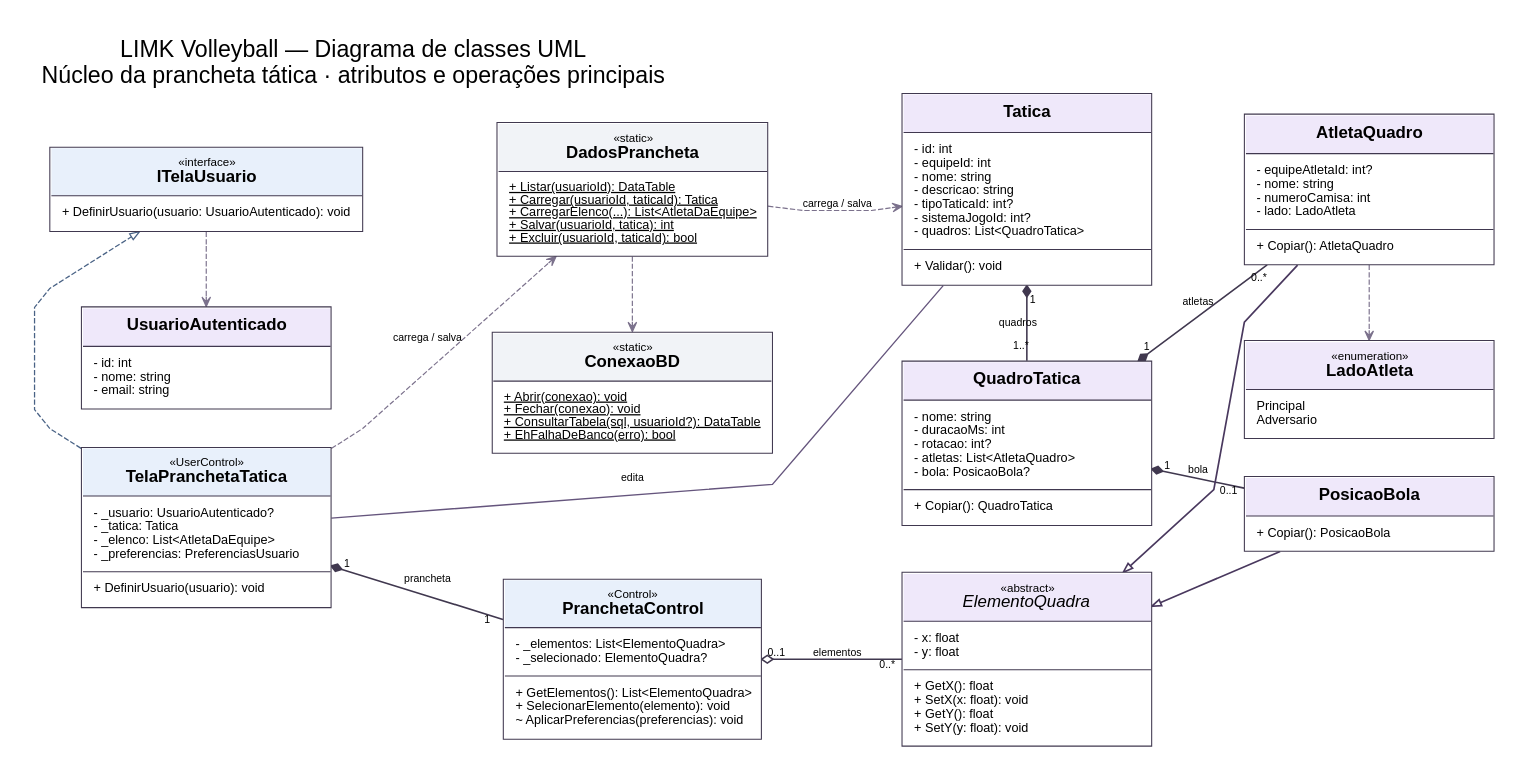
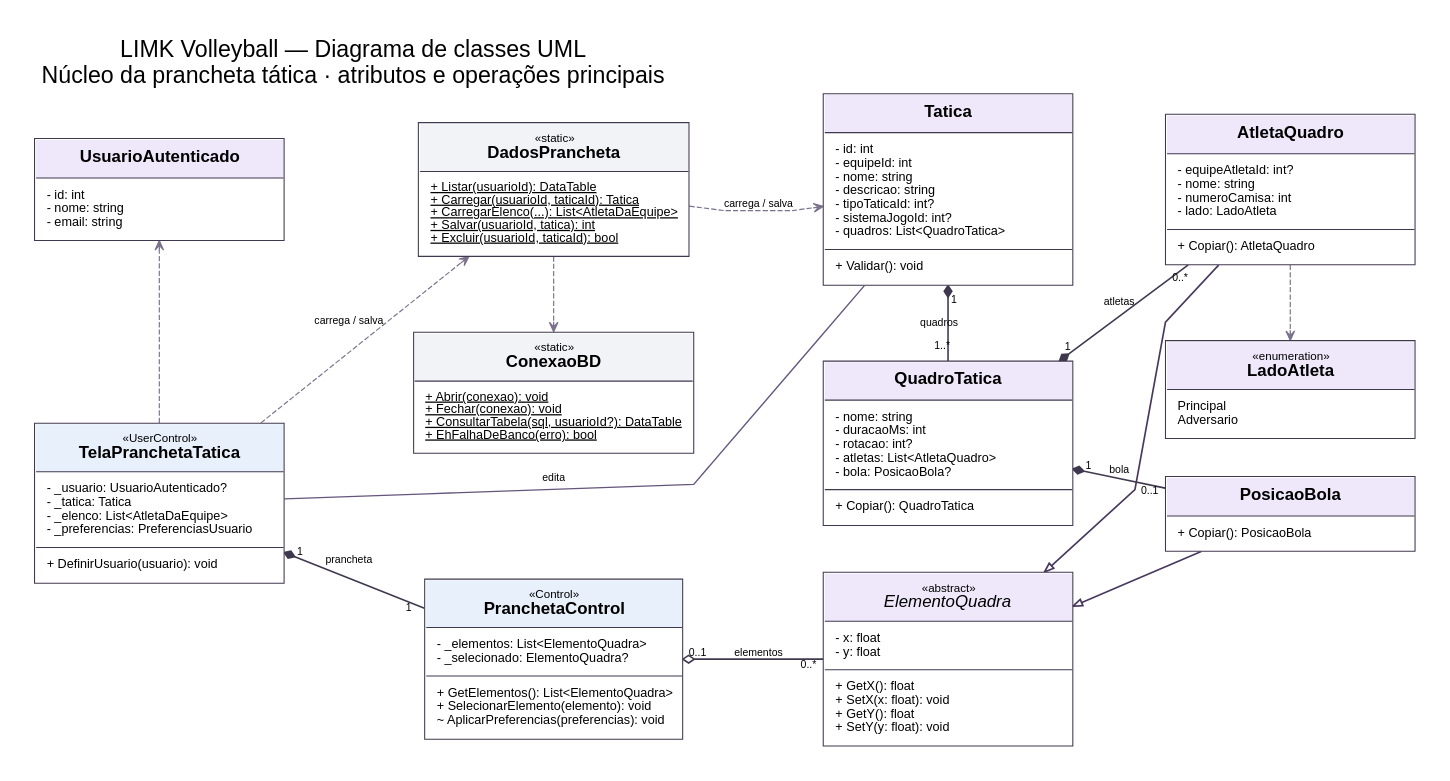
The diagram in diagramas/diagrama-uml-slides.dot (kauandragues/limk), drawn with Graphviz before and after one commit. The commit also changed 30 other files, not shown here.

```diff
--- a/diagramas/diagrama-uml-slides.dot
+++ b/diagramas/diagrama-uml-slides.dot
@@ -1,36 +1,34 @@
 digraph LIMK {
 graph [rankdir=LR, bgcolor="#FFFFFF", pad="0.35", nodesep="0.5", ranksep="0.8", splines=polyline, newrank=true, compound=true, outputorder=edgesfirst, fontname="Arial", fontsize=22, labelloc=t, labeljust=l, label="LIMK Volleyball — Diagrama de classes UML\nNúcleo da prancheta tática · atributos e operações principais" ];
 node [shape=plain, fontname="Arial"];
 edge [fontname="Arial", fontsize=10, labeldistance=1.5, labelangle=22];
 UsuarioAutenticado [label=<<TABLE BORDER="1" CELLBORDER="0" CELLSPACING="0" CELLPADDING="9" COLOR="#40384F" BGCOLOR="#FFFFFF"><TR><TD WIDTH="235" BGCOLOR="#EFE8FA"><FONT FACE="Arial" POINT-SIZE="16"><B>UsuarioAutenticado</B></FONT></TD></TR><TR><TD ALIGN="LEFT" BALIGN="LEFT" BORDER="1" SIDES="T"><FONT FACE="Arial" POINT-SIZE="12">- id: int<BR ALIGN="LEFT"/>- nome: string<BR ALIGN="LEFT"/>- email: string<BR ALIGN="LEFT"/></FONT></TD></TR></TABLE>>];
 Tatica [label=<<TABLE BORDER="1" CELLBORDER="0" CELLSPACING="0" CELLPADDING="9" COLOR="#40384F" BGCOLOR="#FFFFFF"><TR><TD WIDTH="235" BGCOLOR="#EFE8FA"><FONT FACE="Arial" POINT-SIZE="16"><B>Tatica</B></FONT></TD></TR><TR><TD ALIGN="LEFT" BALIGN="LEFT" BORDER="1" SIDES="T"><FONT FACE="Arial" POINT-SIZE="12">- id: int<BR ALIGN="LEFT"/>- equipeId: int<BR ALIGN="LEFT"/>- nome: string<BR ALIGN="LEFT"/>- descricao: string<BR ALIGN="LEFT"/>- tipoTaticaId: int?<BR ALIGN="LEFT"/>- sistemaJogoId: int?<BR ALIGN="LEFT"/>- quadros: List&lt;QuadroTatica&gt;<BR ALIGN="LEFT"/></FONT></TD></TR><TR><TD ALIGN="LEFT" BALIGN="LEFT" BORDER="1" SIDES="T"><FONT FACE="Arial" POINT-SIZE="12">+ Validar(): void<BR ALIGN="LEFT"/></FONT></TD></TR></TABLE>>];
 QuadroTatica [label=<<TABLE BORDER="1" CELLBORDER="0" CELLSPACING="0" CELLPADDING="9" COLOR="#40384F" BGCOLOR="#FFFFFF"><TR><TD WIDTH="235" BGCOLOR="#EFE8FA"><FONT FACE="Arial" POINT-SIZE="16"><B>QuadroTatica</B></FONT></TD></TR><TR><TD ALIGN="LEFT" BALIGN="LEFT" BORDER="1" SIDES="T"><FONT FACE="Arial" POINT-SIZE="12">- nome: string<BR ALIGN="LEFT"/>- duracaoMs: int<BR ALIGN="LEFT"/>- rotacao: int?<BR ALIGN="LEFT"/>- atletas: List&lt;AtletaQuadro&gt;<BR ALIGN="LEFT"/>- bola: PosicaoBola?<BR ALIGN="LEFT"/></FONT></TD></TR><TR><TD ALIGN="LEFT" BALIGN="LEFT" BORDER="1" SIDES="T"><FONT FACE="Arial" POINT-SIZE="12">+ Copiar(): QuadroTatica<BR ALIGN="LEFT"/></FONT></TD></TR></TABLE>>];
 ElementoQuadra [label=<<TABLE BORDER="1" CELLBORDER="0" CELLSPACING="0" CELLPADDING="9" COLOR="#40384F" BGCOLOR="#FFFFFF"><TR><TD WIDTH="235" BGCOLOR="#EFE8FA"><FONT FACE="Arial" POINT-SIZE="16"><FONT POINT-SIZE="11">«abstract»</FONT><BR/><I>ElementoQuadra</I></FONT></TD></TR><TR><TD ALIGN="LEFT" BALIGN="LEFT" BORDER="1" SIDES="T"><FONT FACE="Arial" POINT-SIZE="12">- x: float<BR ALIGN="LEFT"/>- y: float<BR ALIGN="LEFT"/></FONT></TD></TR><TR><TD ALIGN="LEFT" BALIGN="LEFT" BORDER="1" SIDES="T"><FONT FACE="Arial" POINT-SIZE="12">+ GetX(): float<BR ALIGN="LEFT"/>+ SetX(x: float): void<BR ALIGN="LEFT"/>+ GetY(): float<BR ALIGN="LEFT"/>+ SetY(y: float): void<BR ALIGN="LEFT"/></FONT></TD></TR></TABLE>>];
 AtletaQuadro [label=<<TABLE BORDER="1" CELLBORDER="0" CELLSPACING="0" CELLPADDING="9" COLOR="#40384F" BGCOLOR="#FFFFFF"><TR><TD WIDTH="235" BGCOLOR="#EFE8FA"><FONT FACE="Arial" POINT-SIZE="16"><B>AtletaQuadro</B></FONT></TD></TR><TR><TD ALIGN="LEFT" BALIGN="LEFT" BORDER="1" SIDES="T"><FONT FACE="Arial" POINT-SIZE="12">- equipeAtletaId: int?<BR ALIGN="LEFT"/>- nome: string<BR ALIGN="LEFT"/>- numeroCamisa: int<BR ALIGN="LEFT"/>- lado: LadoAtleta<BR ALIGN="LEFT"/></FONT></TD></TR><TR><TD ALIGN="LEFT" BALIGN="LEFT" BORDER="1" SIDES="T"><FONT FACE="Arial" POINT-SIZE="12">+ Copiar(): AtletaQuadro<BR ALIGN="LEFT"/></FONT></TD></TR></TABLE>>];
 PosicaoBola [label=<<TABLE BORDER="1" CELLBORDER="0" CELLSPACING="0" CELLPADDING="9" COLOR="#40384F" BGCOLOR="#FFFFFF"><TR><TD WIDTH="235" BGCOLOR="#EFE8FA"><FONT FACE="Arial" POINT-SIZE="16"><B>PosicaoBola</B></FONT></TD></TR><TR><TD ALIGN="LEFT" BALIGN="LEFT" BORDER="1" SIDES="T"><FONT FACE="Arial" POINT-SIZE="12">+ Copiar(): PosicaoBola<BR ALIGN="LEFT"/></FONT></TD></TR></TABLE>>];
 LadoAtleta [label=<<TABLE BORDER="1" CELLBORDER="0" CELLSPACING="0" CELLPADDING="9" COLOR="#40384F" BGCOLOR="#FFFFFF"><TR><TD WIDTH="235" BGCOLOR="#EFE8FA"><FONT FACE="Arial" POINT-SIZE="16"><FONT POINT-SIZE="11">«enumeration»</FONT><BR/><B>LadoAtleta</B></FONT></TD></TR><TR><TD ALIGN="LEFT" BALIGN="LEFT" BORDER="1" SIDES="T"><FONT FACE="Arial" POINT-SIZE="12">Principal<BR ALIGN="LEFT"/>Adversario<BR ALIGN="LEFT"/></FONT></TD></TR></TABLE>>];
 DadosPrancheta [label=<<TABLE BORDER="1" CELLBORDER="0" CELLSPACING="0" CELLPADDING="9" COLOR="#40384F" BGCOLOR="#FFFFFF"><TR><TD WIDTH="235" BGCOLOR="#F1F3F7"><FONT FACE="Arial" POINT-SIZE="16"><FONT POINT-SIZE="11">«static»</FONT><BR/><B>DadosPrancheta</B></FONT></TD></TR><TR><TD ALIGN="LEFT" BALIGN="LEFT" BORDER="1" SIDES="T"><FONT FACE="Arial" POINT-SIZE="12"><U>+ Listar(usuarioId): DataTable</U><BR ALIGN="LEFT"/><U>+ Carregar(usuarioId, taticaId): Tatica</U><BR ALIGN="LEFT"/><U>+ CarregarElenco(...): List&lt;AtletaDaEquipe&gt;</U><BR ALIGN="LEFT"/><U>+ Salvar(usuarioId, tatica): int</U><BR ALIGN="LEFT"/><U>+ Excluir(usuarioId, taticaId): bool</U><BR ALIGN="LEFT"/></FONT></TD></TR></TABLE>>];
 ConexaoBD [label=<<TABLE BORDER="1" CELLBORDER="0" CELLSPACING="0" CELLPADDING="9" COLOR="#40384F" BGCOLOR="#FFFFFF"><TR><TD WIDTH="235" BGCOLOR="#F1F3F7"><FONT FACE="Arial" POINT-SIZE="16"><FONT POINT-SIZE="11">«static»</FONT><BR/><B>ConexaoBD</B></FONT></TD></TR><TR><TD ALIGN="LEFT" BALIGN="LEFT" BORDER="1" SIDES="T"><FONT FACE="Arial" POINT-SIZE="12"><U>+ Abrir(conexao): void</U><BR ALIGN="LEFT"/><U>+ Fechar(conexao): void</U><BR ALIGN="LEFT"/><U>+ ConsultarTabela(sql, usuarioId?): DataTable</U><BR ALIGN="LEFT"/><U>+ EhFalhaDeBanco(erro): bool</U><BR ALIGN="LEFT"/></FONT></TD></TR></TABLE>>];
-ITelaUsuario [label=<<TABLE BORDER="1" CELLBORDER="0" CELLSPACING="0" CELLPADDING="9" COLOR="#40384F" BGCOLOR="#FFFFFF"><TR><TD WIDTH="235" BGCOLOR="#E8F0FB"><FONT FACE="Arial" POINT-SIZE="16"><FONT POINT-SIZE="11">«interface»</FONT><BR/><B>ITelaUsuario</B></FONT></TD></TR><TR><TD ALIGN="LEFT" BALIGN="LEFT" BORDER="1" SIDES="T"><FONT FACE="Arial" POINT-SIZE="12">+ DefinirUsuario(usuario: UsuarioAutenticado): void<BR ALIGN="LEFT"/></FONT></TD></TR></TABLE>>];
 TelaPranchetaTatica [label=<<TABLE BORDER="1" CELLBORDER="0" CELLSPACING="0" CELLPADDING="9" COLOR="#40384F" BGCOLOR="#FFFFFF"><TR><TD WIDTH="235" BGCOLOR="#E8F0FB"><FONT FACE="Arial" POINT-SIZE="16"><FONT POINT-SIZE="11">«UserControl»</FONT><BR/><B>TelaPranchetaTatica</B></FONT></TD></TR><TR><TD ALIGN="LEFT" BALIGN="LEFT" BORDER="1" SIDES="T"><FONT FACE="Arial" POINT-SIZE="12">- _usuario: UsuarioAutenticado?<BR ALIGN="LEFT"/>- _tatica: Tatica<BR ALIGN="LEFT"/>- _elenco: List&lt;AtletaDaEquipe&gt;<BR ALIGN="LEFT"/>- _preferencias: PreferenciasUsuario<BR ALIGN="LEFT"/></FONT></TD></TR><TR><TD ALIGN="LEFT" BALIGN="LEFT" BORDER="1" SIDES="T"><FONT FACE="Arial" POINT-SIZE="12">+ DefinirUsuario(usuario): void<BR ALIGN="LEFT"/></FONT></TD></TR></TABLE>>];
 PranchetaControl [label=<<TABLE BORDER="1" CELLBORDER="0" CELLSPACING="0" CELLPADDING="9" COLOR="#40384F" BGCOLOR="#FFFFFF"><TR><TD WIDTH="235" BGCOLOR="#E8F0FB"><FONT FACE="Arial" POINT-SIZE="16"><FONT POINT-SIZE="11">«Control»</FONT><BR/><B>PranchetaControl</B></FONT></TD></TR><TR><TD ALIGN="LEFT" BALIGN="LEFT" BORDER="1" SIDES="T"><FONT FACE="Arial" POINT-SIZE="12">- _elementos: List&lt;ElementoQuadra&gt;<BR ALIGN="LEFT"/>- _selecionado: ElementoQuadra?<BR ALIGN="LEFT"/></FONT></TD></TR><TR><TD ALIGN="LEFT" BALIGN="LEFT" BORDER="1" SIDES="T"><FONT FACE="Arial" POINT-SIZE="12">+ GetElementos(): List&lt;ElementoQuadra&gt;<BR ALIGN="LEFT"/>+ SelecionarElemento(elemento): void<BR ALIGN="LEFT"/>~ AplicarPreferencias(preferencias): void<BR ALIGN="LEFT"/></FONT></TD></TR></TABLE>>];
-{rank=same; ITelaUsuario; UsuarioAutenticado; TelaPranchetaTatica;}
+{rank=same; UsuarioAutenticado; TelaPranchetaTatica;}
 {rank=same; DadosPrancheta; ConexaoBD; PranchetaControl;}
 {rank=same; Tatica; QuadroTatica; ElementoQuadra;}
 {rank=same; AtletaQuadro; PosicaoBola; LadoAtleta;}
-ITelaUsuario -> DadosPrancheta -> Tatica -> AtletaQuadro [style=invis, weight=5];
-TelaPranchetaTatica -> ITelaUsuario [style=dashed, arrowhead=empty, color="#496285", penwidth=1.2, arrowsize=0.9, constraint=false];
-ITelaUsuario -> UsuarioAutenticado [style=dashed, arrowhead=open, color="#7B718C", penwidth=1.1, arrowsize=0.9];
+UsuarioAutenticado -> DadosPrancheta -> Tatica -> AtletaQuadro [style=invis, weight=5];
+TelaPranchetaTatica -> UsuarioAutenticado [style=dashed, arrowhead=open, color="#7B718C", penwidth=1.1, arrowsize=0.9, constraint=false];
 TelaPranchetaTatica -> DadosPrancheta [style=dashed, arrowhead=open, color="#7B718C", penwidth=1.1, arrowsize=0.9, label="carrega / salva"];
 TelaPranchetaTatica -> Tatica [arrowhead=none, color="#65557D", penwidth=1.3, arrowsize=0.9, label="edita"];
 TelaPranchetaTatica -> PranchetaControl [dir=both, arrowtail=diamond, arrowhead=none, color="#40384F", penwidth=1.5, arrowsize=0.9, label="prancheta", taillabel="1", headlabel="1"];
 PranchetaControl -> ElementoQuadra [dir=both, arrowtail=odiamond, arrowhead=none, color="#40384F", penwidth=1.5, arrowsize=0.9, label="elementos", taillabel="0..1", headlabel="0..*"];
 DadosPrancheta -> Tatica [style=dashed, arrowhead=open, color="#7B718C", penwidth=1.1, arrowsize=0.9, label="carrega / salva"];
 DadosPrancheta -> ConexaoBD [style=dashed, arrowhead=open, color="#7B718C", penwidth=1.1, arrowsize=0.9];
 Tatica -> QuadroTatica [dir=both, arrowtail=diamond, arrowhead=none, color="#40384F", penwidth=1.5, arrowsize=0.9, label="quadros", taillabel="1", headlabel="1..*"];
 QuadroTatica -> AtletaQuadro [dir=both, arrowtail=diamond, arrowhead=none, color="#40384F", penwidth=1.5, arrowsize=0.9, label="atletas", taillabel="1", headlabel="0..*"];
 QuadroTatica -> PosicaoBola [dir=both, arrowtail=diamond, arrowhead=none, color="#40384F", penwidth=1.5, arrowsize=0.9, label="bola", taillabel="1", headlabel="0..1"];
 AtletaQuadro -> ElementoQuadra [arrowhead=empty, color="#49385E", penwidth=1.6, arrowsize=0.9, constraint=false];
 PosicaoBola -> ElementoQuadra [arrowhead=empty, color="#49385E", penwidth=1.6, arrowsize=0.9, constraint=false];
 AtletaQuadro -> LadoAtleta [style=dashed, arrowhead=open, color="#7B718C", penwidth=1.1, arrowsize=0.9];
 }
```
